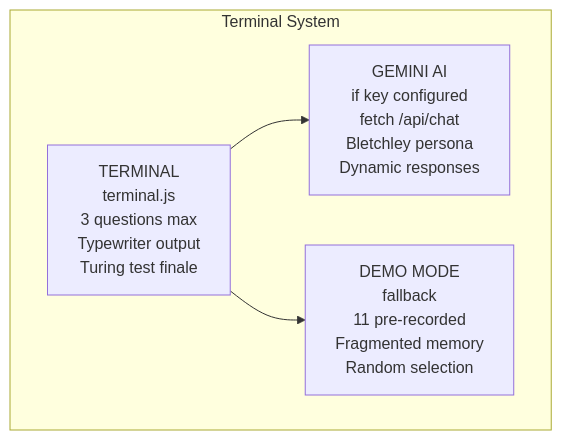
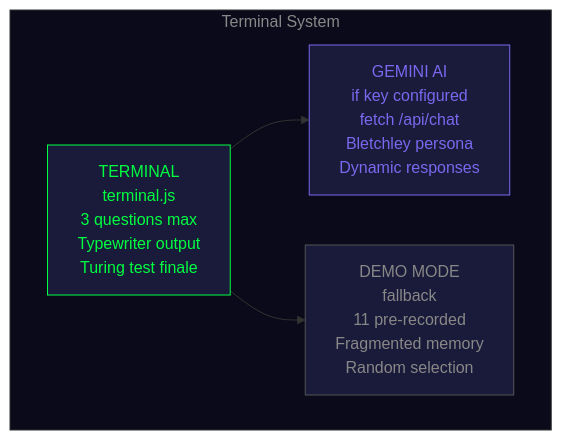
One commit to jacksonvincent012-web/Solstice-Game changed the third of 6 diagrams in README.md. Above: the diagram before and after it, drawn with Mermaid. The commit also changed other lines of this file, not shown here.

Commit message:
Style Mermaid architecture diagrams with game-themed colors

````diff
--- a/README.md
+++ b/README.md
@@ -48,12 +60,17 @@
 ```mermaid
 flowchart LR
     subgraph Terminal[Terminal System]
         direction LR
         TM["TERMINAL<br>terminal.js<br>3 questions max<br>Typewriter output<br>Turing test finale"]
         GA["GEMINI AI<br>if key configured<br>fetch /api/chat<br>Bletchley persona<br>Dynamic responses"]
         DM["DEMO MODE<br>fallback<br>11 pre-recorded<br>Fragmented memory<br>Random selection"]
     end
 
     TM --> GA
     TM --> DM
+
+    style TM fill:#1a1a3a,stroke:#00ff41,color:#00ff41
+    style GA fill:#1a1a3a,stroke:#7b68ee,color:#7b68ee
+    style DM fill:#1a1a3a,stroke:#555,color:#888
+    style Terminal fill:#0a0a1a,stroke:#333,color:#888
 ```
````
